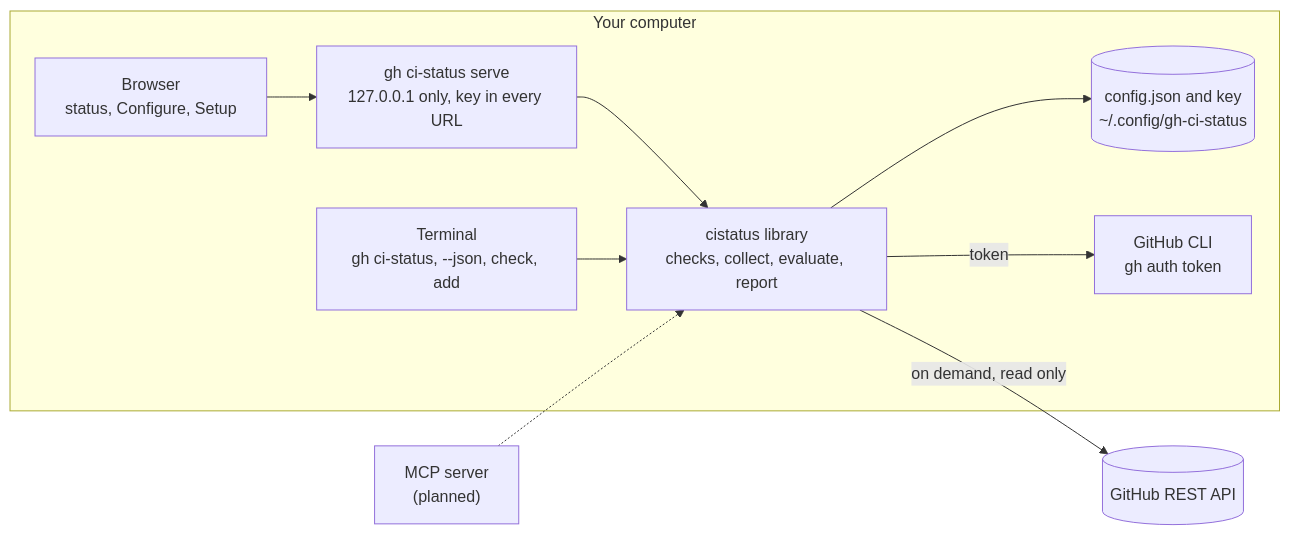
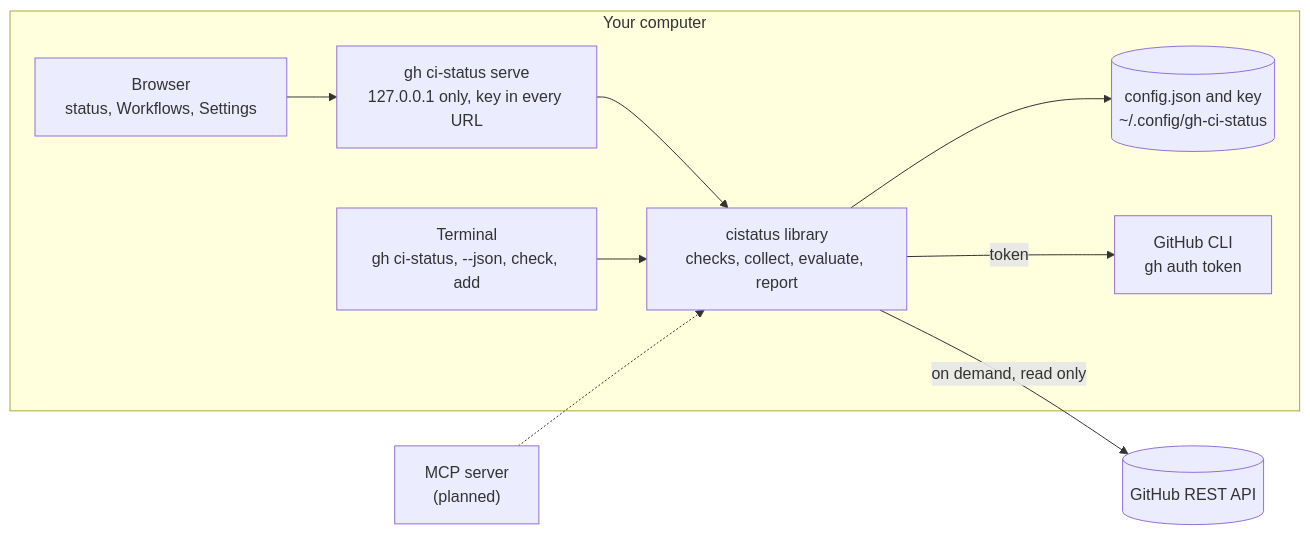
One commit to edespino/gh-ci-status changed the diagram in README.md. Above: the diagram before and after it, drawn with Mermaid. The commit also changed other lines of this file and 13 other files, not shown here.

First line of the commit message:
Pages: Setup becomes Settings (gear), Configure becomes Workflows (checklist)

````diff
--- a/README.md
+++ b/README.md
@@ -174,21 +176,21 @@
 ```mermaid
 flowchart LR
     subgraph computer["Your computer"]
-        browser["Browser<br/>status, Configure, Setup"]
+        browser["Browser<br/>status, Workflows, Settings"]
         terminal["Terminal<br/>gh ci-status, --json, check, add"]
         serve["gh ci-status serve<br/>127.0.0.1 only, key in every URL"]
         lib["cistatus library<br/>checks, collect, evaluate, report"]
         files[("config.json and key<br/>~/.config/gh-ci-status")]
         gh["GitHub CLI<br/>gh auth token"]
     end
     api[("GitHub REST API")]
     mcp["MCP server<br/>(planned)"]
 
     browser --> serve
     serve --> lib
     terminal --> lib
     mcp -.-> lib
     lib --> files
     lib -->|token| gh
     lib -->|"on demand, read only"| api
 ```
````
